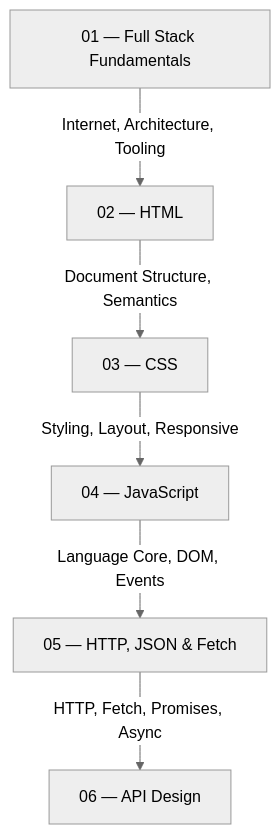
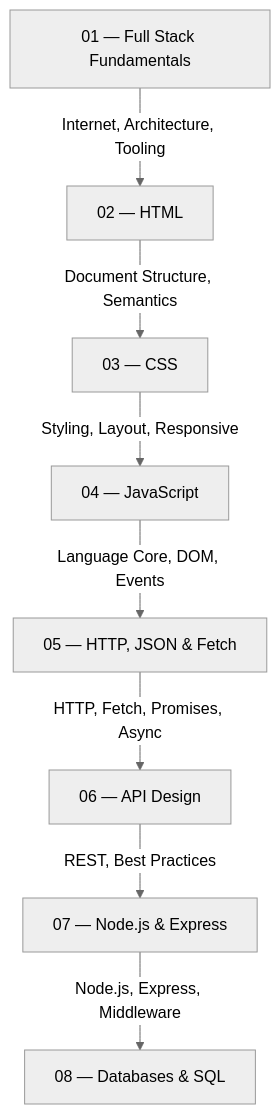
Before and after one commit to Enggvault/Full-stack: the diagram in README.md, drawn with Mermaid (neutral theme). The commit also changed other lines of this file and 2 other files, not shown here.

Commit message:
feat: add module 08 for databases and update roadmap documentation

````diff
--- a/README.md
+++ b/README.md
@@ -48,15 +48,19 @@
 ```mermaid
 graph TD
     A["01 — Full Stack Fundamentals"]
     B["02 — HTML"]
     C["03 — CSS"]
     D["04 — JavaScript"]
     E["05 — HTTP, JSON & Fetch"]
     F["06 — API Design"]
+    G["07 — Node.js & Express"]
+    H["08 — Databases & SQL"]
 
     A -->|"Internet, Architecture, Tooling"| B
     B -->|"Document Structure, Semantics"| C
     C -->|"Styling, Layout, Responsive"| D
     D -->|"Language Core, DOM, Events"| E
     E -->|"HTTP, Fetch, Promises, Async"| F
+    F -->|"REST, Best Practices"| G
+    G -->|"Node.js, Express, Middleware"| H
 ```
````
